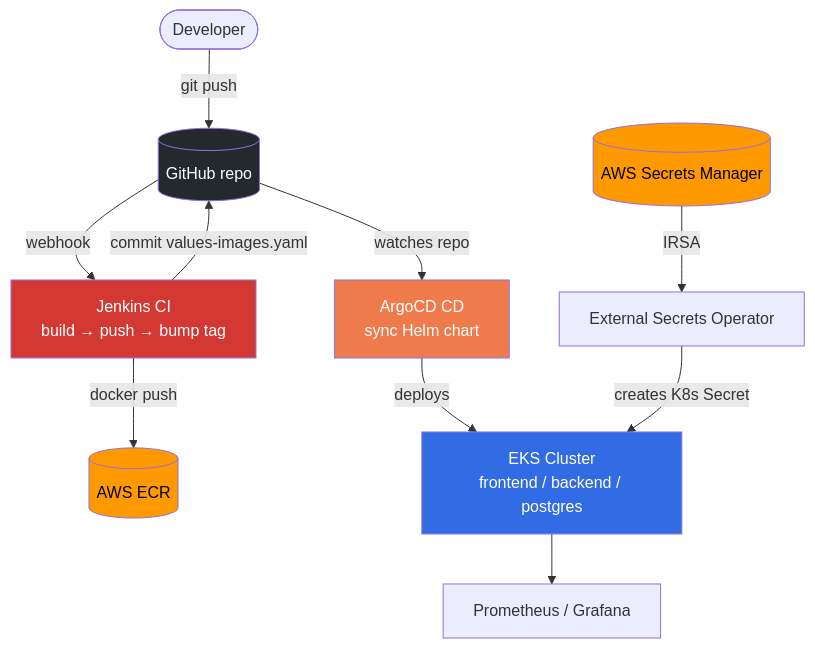
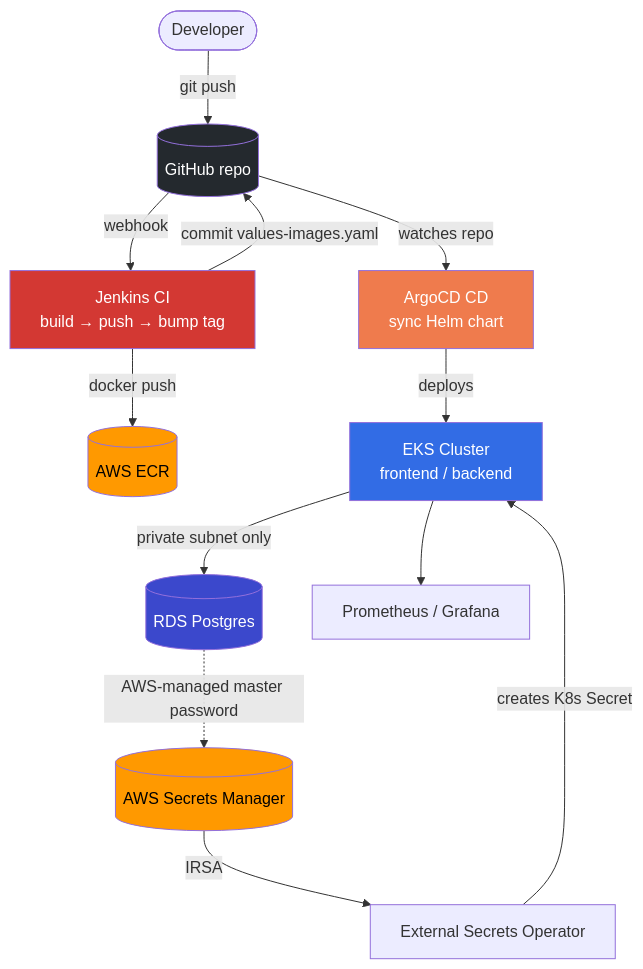
Before and after one commit to Ben-Sh7/aws-eks-cicd-pipeline: the first of 2 diagrams in HLD.md, drawn with Mermaid. The commit also changed other lines of this file and 27 other files, not shown here.

````diff
--- a/HLD.md
+++ b/HLD.md
@@ -5,19 +5,22 @@
 ```mermaid
 flowchart TD
     Dev([Developer]) -->|git push| GH[(GitHub repo)]
     GH -->|webhook| JK["Jenkins CI<br/>build → push → bump tag"]
     JK -->|docker push| ECR[(AWS ECR)]
     JK -->|commit values-images.yaml| GH
     GH -->|watches repo| ARGO["ArgoCD CD<br/>sync Helm chart"]
-    ARGO -->|deploys| EKS["EKS Cluster<br/>frontend / backend / postgres"]
+    ARGO -->|deploys| EKS["EKS Cluster<br/>frontend / backend"]
+    EKS -->|private subnet only| RDS[(RDS Postgres)]
     ASM[(AWS Secrets Manager)] -->|IRSA| ESO[External Secrets Operator]
     ESO -->|creates K8s Secret| EKS
+    RDS -.->|AWS-managed master password| ASM
     EKS --> MON[Prometheus / Grafana]
 
     style GH fill:#24292e,color:#fff
     style ECR fill:#ff9900,color:#000
     style ASM fill:#ff9900,color:#000
+    style RDS fill:#3b48cc,color:#fff
     style EKS fill:#326ce5,color:#fff
     style ARGO fill:#ef7b4d,color:#fff
     style JK fill:#d33833,color:#fff
 ```
````
